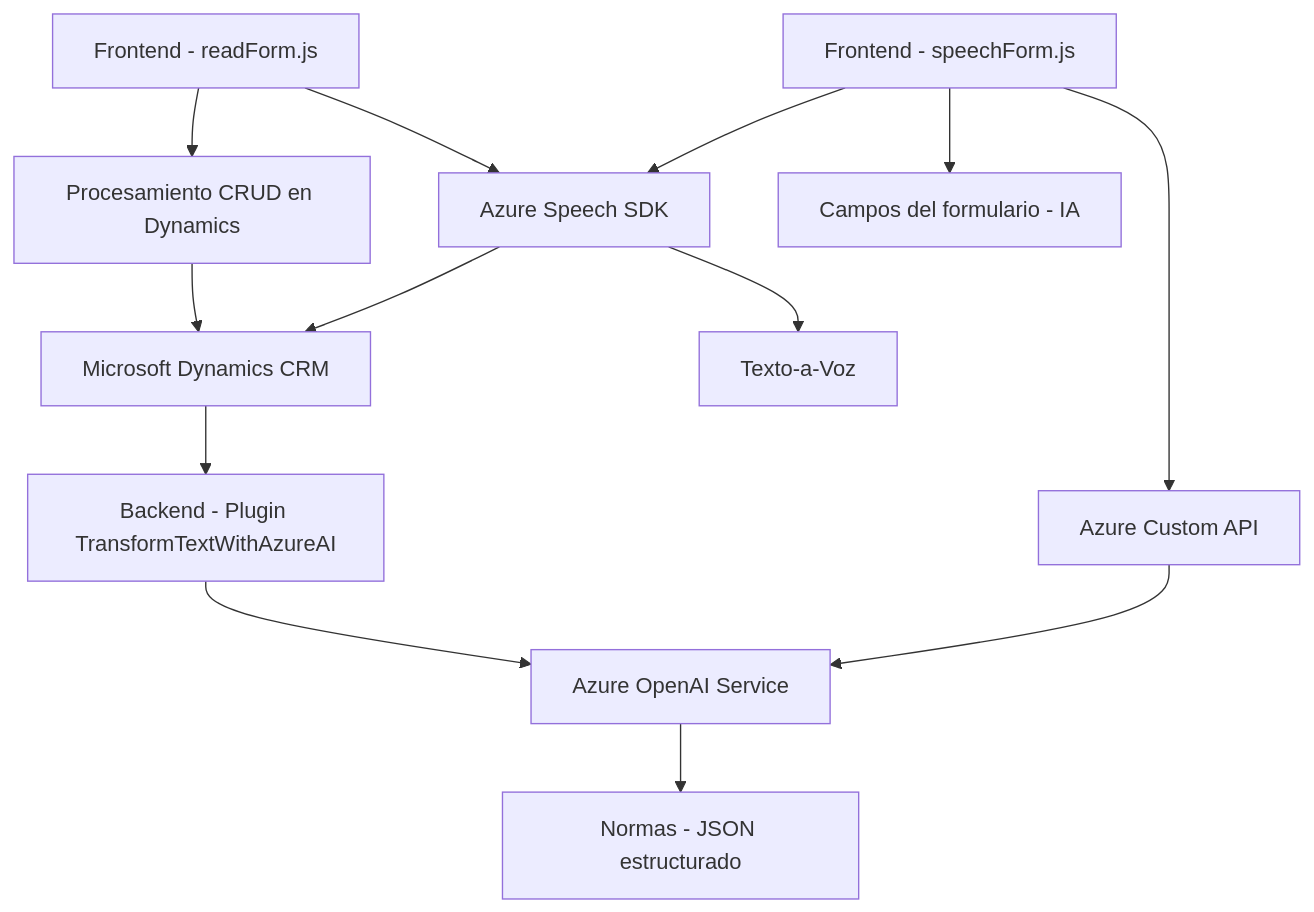
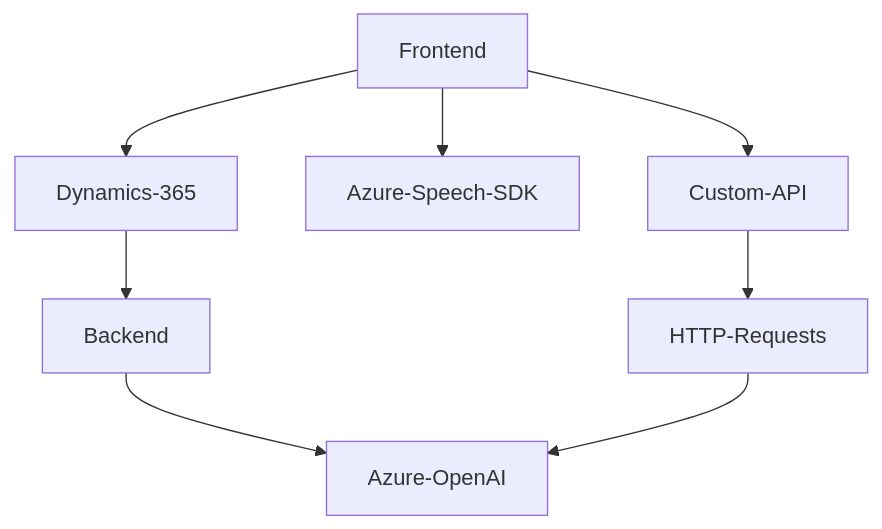
One commit to blopezdm/NETCORE_BILBAO2025 changed the diagram in README.md. Above: the diagram before and after it, drawn with Mermaid. The commit also changed other lines of this file, not shown here.

````diff
--- a/README.md
+++ b/README.md
@@ -50,19 +43,18 @@
 ```mermaid
 graph TD
-    A[Frontend - readForm.js] --> B[Azure Speech SDK]
-    A --> C[Procesamiento CRUD en Dynamics]
-    C --> D[Microsoft Dynamics CRM]
+    A[Frontend]
+    B[Backend]
+    C[Dynamics-365]
+    D[Azure-Speech-SDK]
+    E[Azure-OpenAI]
+    F[HTTP-Requests]
+    G[Custom-API]
 
-    B --> D
-    B --> E[Texto-a-Voz]
-
-    F[Frontend - speechForm.js] --> B
-    F --> G[Azure Custom API]
-    F --> H[Campos del formulario - IA]
-
-    I["Backend - Plugin TransformTextWithAzureAI"] --> J[Azure OpenAI Service]
-    J --> K["Normas - JSON estructurado"]
-
-    D --> I
-    G --> J
+    A --> C
+    A --> D
+    C --> B
+    B --> E
+    A --> G
+    G --> F
+    F --> E
 ```
````
